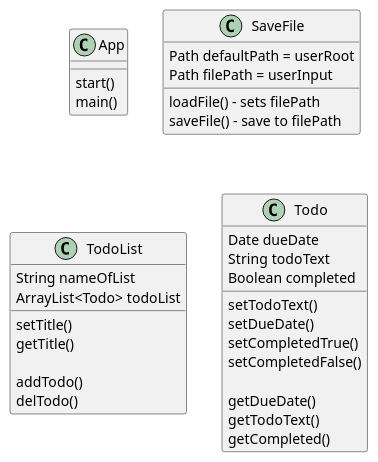
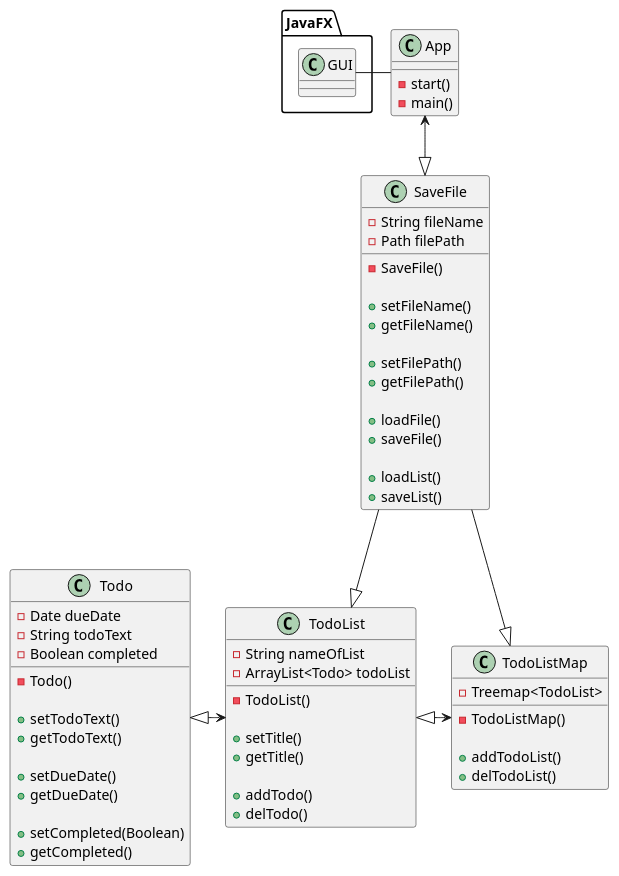
The diagram in uml/App.puml (SlimyMonz/Java-Todo-App), drawn with PlantUML before and after one commit. The commit also changed 13 other files, not shown here.

```diff
--- a/uml/App.puml
+++ b/uml/App.puml
@@ -1,55 +1,83 @@
 @startuml
 'https://plantuml.com/class-diagram
 
 class App {
 
-    start()
-    main()
+    -start()
+    -main()
 }
 
 class SaveFile {
 
-Path defaultPath = userRoot
-Path filePath = userInput
+    -String fileName
+    -Path filePath
 
-loadFile() - sets filePath
-saveFile() - save to filePath
+    -SaveFile()
 
+    +setFileName()
+    +getFileName()
+
+    +setFilePath()
+    +getFilePath()
+
+    +loadFile()
+    +saveFile()
+
+    +loadList()
+    +saveList()
 
 }
 
+class TodoListMap {
+    -Treemap<TodoList>
+
+    -TodoListMap()
+
+    +addTodoList()
+    +delTodoList()
+}
+
 class TodoList {
-String nameOfList
-ArrayList<Todo> todoList
+    -String nameOfList
+    -ArrayList<Todo> todoList
 
-setTitle()
-getTitle()
+    -TodoList()
 
-addTodo()
-delTodo()
+    +setTitle()
+    +getTitle()
 
+    +addTodo()
+    +delTodo()
 }
 
 class Todo {
 
-Date dueDate
-String todoText
-Boolean completed
+    -Date dueDate
+    -String todoText
+    -Boolean completed
 
-setTodoText()
-setDueDate()
-setCompletedTrue()
-setCompletedFalse()
+    -Todo()
 
-getDueDate()
-getTodoText()
-getCompleted()
+    +setTodoText()
+    +getTodoText()
 
+    +setDueDate()
+    +getDueDate()
+
+    +setCompleted(Boolean)
+    +getCompleted()
 
 }
 
 
+JavaFX.GUI = App
+
+App <--|> SaveFile
+SaveFile --|> TodoListMap
+SaveFile --|> TodoList
+Todo <|-> TodoList
+TodoList <|-> TodoListMap
 
 
 
 @enduml
```
